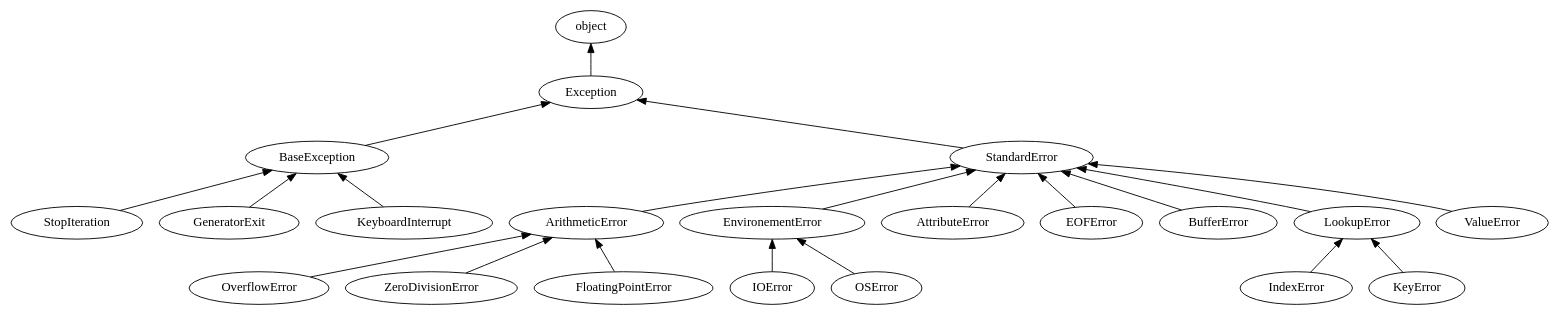
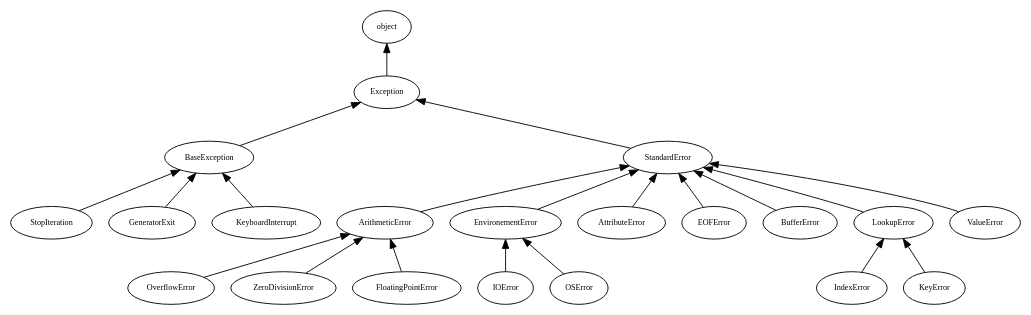
The diagram in source/Control_Flow_Statements.rst (C3BI-pasteur-fr/python-course-1), drawn with Graphviz before and after one commit. The commit also changed other lines of this file and 2 other files, not shown here.

```diff
--- a/source/Control_Flow_Statements.rst
+++ b/source/Control_Flow_Statements.rst
@@ -475,24 +475,26 @@
 .. graphviz:: 
 
    digraph builtin_exception_hierarchy {
+      graph[fontsize = 8];
+      node[fontsize = 9];
       edge[dir=back];
       "object" -> "Exception" ->"BaseException";
       "Exception" -> "StandardError";
       "StandardError" -> "ArithmeticError";
       "ArithmeticError" -> "OverflowError";
       "ArithmeticError" -> "ZeroDivisionError";
       "ArithmeticError" -> "FloatingPointError";
       "StandardError" -> "EnvironementError";
       "EnvironementError" -> "IOError";
       "EnvironementError" -> "OSError";
       "StandardError" -> "AttributeError";
       "StandardError" -> "EOFError";
       "StandardError" -> "BufferError";
       "StandardError" -> "LookupError";
       "LookupError" -> "IndexError";
       "LookupError" -> "KeyError";
       "StandardError" -> "ValueError";
       "BaseException" -> "StopIteration";
       "BaseException" -> "GeneratorExit";
       "BaseException" -> "KeyboardInterrupt";
    }
```
